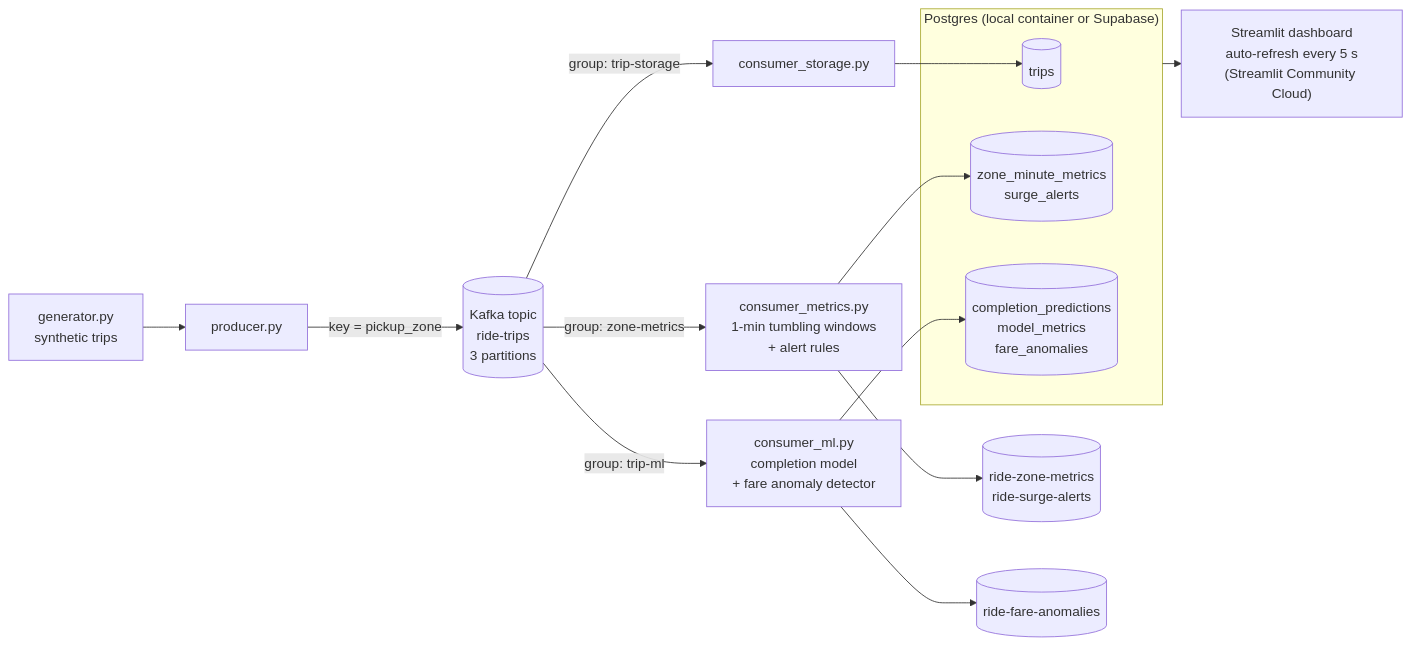
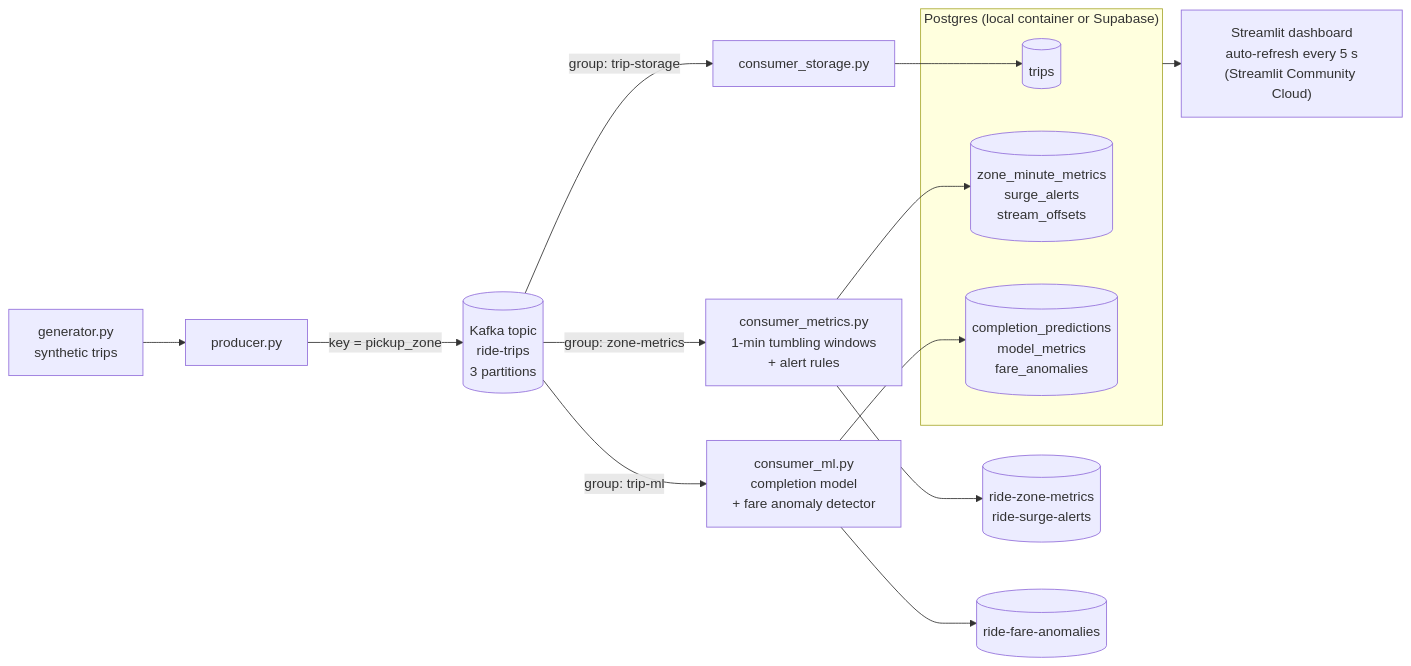
The diagram in README.md (Zzqc-chien/triangle-rides-stream), drawn with Mermaid before and after one commit. The commit also changed other lines of this file and 40 other files, not shown here.

````diff
--- a/README.md
+++ b/README.md
@@ -61,23 +14,23 @@
 ```mermaid
 flowchart LR
     G["generator.py<br/>synthetic trips"] --> P["producer.py"]
     P -- "key = pickup_zone" --> T[("Kafka topic<br/>ride-trips<br/>3 partitions")]
 
     T -- "group: trip-storage" --> S["consumer_storage.py"]
     T -- "group: zone-metrics" --> M["consumer_metrics.py<br/>1-min tumbling windows<br/>+ alert rules"]
     T -- "group: trip-ml" --> ML["consumer_ml.py<br/>completion model<br/>+ fare anomaly detector"]
 
     S --> DB1[("trips")]
-    M --> DB2[("zone_minute_metrics<br/>surge_alerts")]
+    M --> DB2[("zone_minute_metrics<br/>surge_alerts<br/>stream_offsets")]
     M --> T2[("ride-zone-metrics<br/>ride-surge-alerts")]
     ML --> DB3[("completion_predictions<br/>model_metrics<br/>fare_anomalies")]
     ML --> T3[("ride-fare-anomalies")]
 
     subgraph PG["Postgres (local container or Supabase)"]
         DB1
         DB2
         DB3
     end
 
     PG --> D["Streamlit dashboard<br/>auto-refresh every 5 s<br/>(Streamlit Community Cloud)"]
 ```
````
